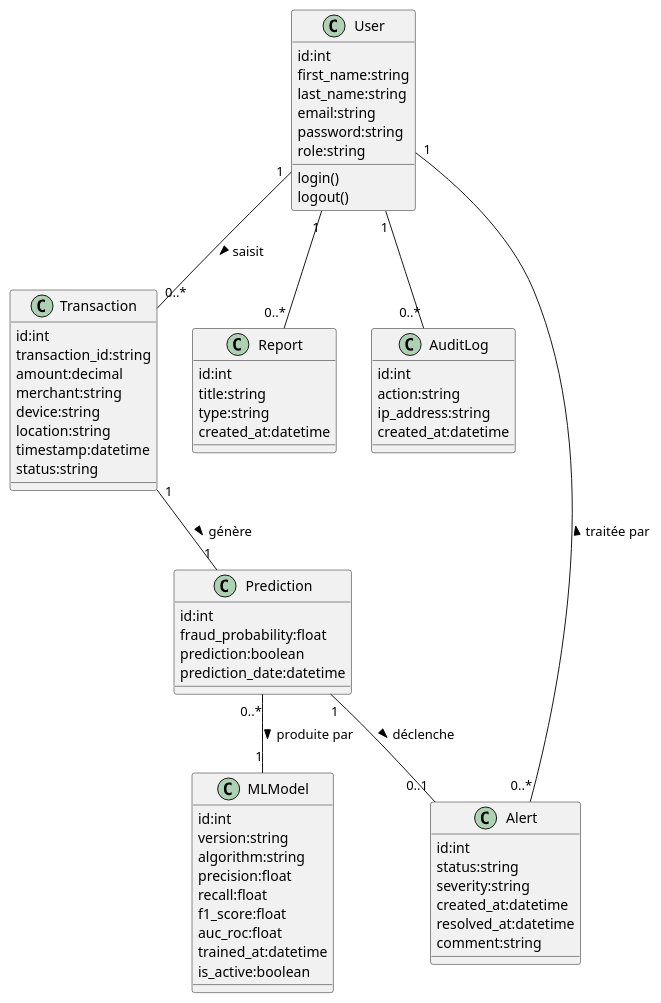
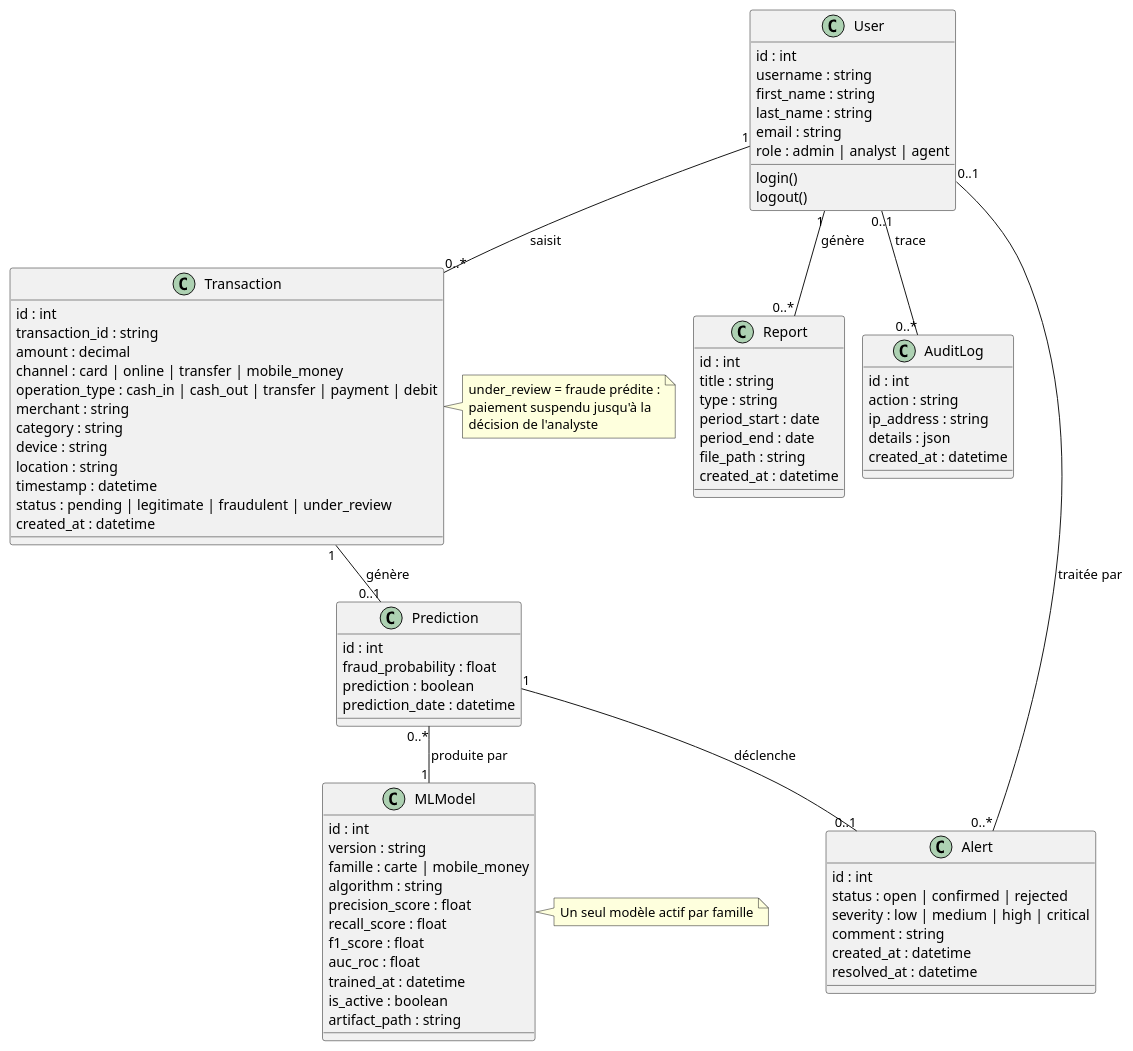
Before and after one commit to dlouisesophie-debug/plateforme-fraude-bancaire: the diagram in docs/conception/uml/class_diagram_CORRIGE.puml, drawn with PlantUML. The commit also changed 13 other files, not shown here.

First line of the commit message:
docs: diagrammes UML à jour (suspension, deux modèles, séquence réelle)

```diff
--- a/docs/conception/uml/class_diagram_CORRIGE.puml
+++ b/docs/conception/uml/class_diagram_CORRIGE.puml
@@ -1,73 +1,95 @@
 @startuml
+' Mis à jour le 19/11/2026 d'après les modèles Django : famille du modèle ML, canal et type d'opération.
+!pragma layout smetana
+
 class User {
-  id:int
-  first_name:string
-  last_name:string
-  email:string
-  password:string
-  role:string
+  id : int
+  username : string
+  first_name : string
+  last_name : string
+  email : string
+  role : admin | analyst | agent
   login()
   logout()
 }
 
 class Transaction {
-  id:int
-  transaction_id:string
-  amount:decimal
-  merchant:string
-  device:string
-  location:string
-  timestamp:datetime
-  status:string
+  id : int
+  transaction_id : string
+  amount : decimal
+  channel : card | online | transfer | mobile_money
+  operation_type : cash_in | cash_out | transfer | payment | debit
+  merchant : string
+  category : string
+  device : string
+  location : string
+  timestamp : datetime
+  status : pending | legitimate | fraudulent | under_review
+  created_at : datetime
 }
 
 class Prediction {
-  id:int
-  fraud_probability:float
-  prediction:boolean
-  prediction_date:datetime
+  id : int
+  fraud_probability : float
+  prediction : boolean
+  prediction_date : datetime
 }
 
 class Alert {
-  id:int
-  status:string
-  severity:string
-  created_at:datetime
-  resolved_at:datetime
-  comment:string
+  id : int
+  status : open | confirmed | rejected
+  severity : low | medium | high | critical
+  comment : string
+  created_at : datetime
+  resolved_at : datetime
 }
 
 class MLModel {
-  id:int
-  version:string
-  algorithm:string
-  precision:float
-  recall:float
-  f1_score:float
-  auc_roc:float
-  trained_at:datetime
-  is_active:boolean
+  id : int
+  version : string
+  famille : carte | mobile_money
+  algorithm : string
+  precision_score : float
+  recall_score : float
+  f1_score : float
+  auc_roc : float
+  trained_at : datetime
+  is_active : boolean
+  artifact_path : string
 }
 
 class Report {
-  id:int
-  title:string
-  type:string
-  created_at:datetime
+  id : int
+  title : string
+  type : string
+  period_start : date
+  period_end : date
+  file_path : string
+  created_at : datetime
 }
 
 class AuditLog {
-  id:int
-  action:string
-  ip_address:string
-  created_at:datetime
+  id : int
+  action : string
+  ip_address : string
+  details : json
+  created_at : datetime
 }
 
 User "1" -- "0..*" Transaction : saisit >
-Transaction "1" -- "1" Prediction : génère >
+Transaction "1" -- "0..1" Prediction : génère >
 Prediction "1" -- "0..1" Alert : déclenche >
-Alert "0..*" -- "1" User : traitée par >
+Alert "0..*" -- "0..1" User : traitée par >
 Prediction "0..*" -- "1" MLModel : produite par >
-User "1" -- "0..*" Report
-User "1" -- "0..*" AuditLog
+User "1" -- "0..*" Report : génère >
+User "0..1" -- "0..*" AuditLog : trace >
+
+note right of Transaction
+  under_review = fraude prédite :
+  paiement suspendu jusqu'à la
+  décision de l'analyste
+end note
+note right of MLModel
+  Un seul modèle actif par famille
+end note
 @enduml
```
